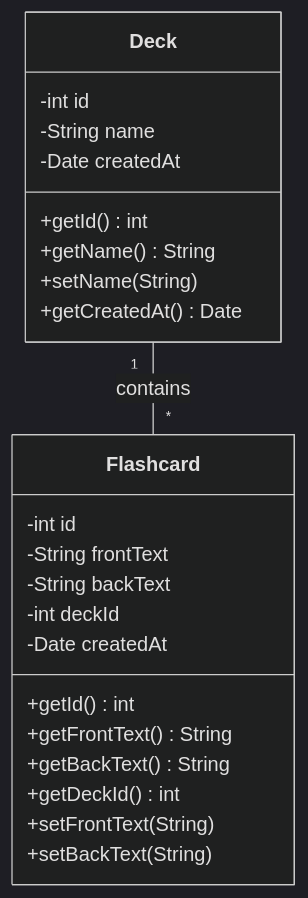
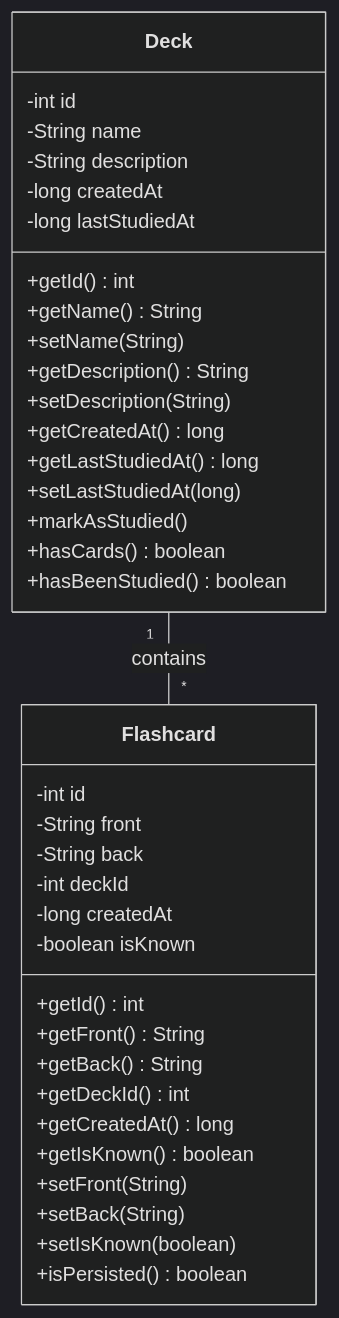
The second of 2 diagrams in Documents/ARCHITECTURE.md (nurhossainarman/recallr-android-app), drawn with Mermaid (dark theme) before and after one commit. The commit also changed other lines of this file, not shown here.

````diff
--- a/Documents/ARCHITECTURE.md
+++ b/Documents/ARCHITECTURE.md
@@ -93,28 +114,42 @@
 ```mermaid
 classDiagram
     class Deck {
         -int id
         -String name
-        -Date createdAt
+        -String description
+        -long createdAt
+        -long lastStudiedAt
         +getId() int
         +getName() String
         +setName(String)
-        +getCreatedAt() Date
+        +getDescription() String
+        +setDescription(String)
+        +getCreatedAt() long
+        +getLastStudiedAt() long
+        +setLastStudiedAt(long)
+        +markAsStudied()
+        +hasCards() boolean
+        +hasBeenStudied() boolean
     }
-    
+
     class Flashcard {
         -int id
-        -String frontText
-        -String backText
+        -String front
+        -String back
         -int deckId
-        -Date createdAt
+        -long createdAt
+        -boolean isKnown
         +getId() int
-        +getFrontText() String
-        +getBackText() String
+        +getFront() String
+        +getBack() String
         +getDeckId() int
-        +setFrontText(String)
-        +setBackText(String)
+        +getCreatedAt() long
+        +getIsKnown() boolean
+        +setFront(String)
+        +setBack(String)
+        +setIsKnown(boolean)
+        +isPersisted() boolean
     }
     
     Deck "1" -- "*" Flashcard : contains
 ```
````
